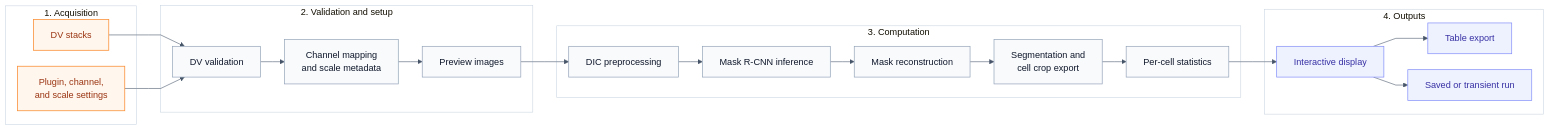
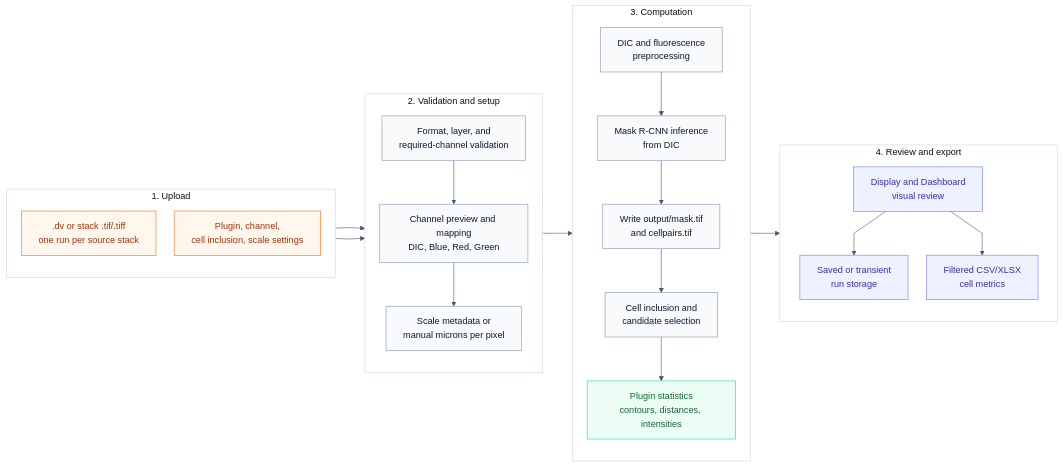
One commit to BrentLagesse/CytoCV changed the diagram in docs/diagrams/02-end-to-end-workflow.mmd. Above: the diagram before and after it, drawn with Mermaid. The commit also changed other lines of this file and 44 other files, not shown here.

```diff
--- a/docs/diagrams/02-end-to-end-workflow.mmd
+++ b/docs/diagrams/02-end-to-end-workflow.mmd
@@ -1,40 +1,46 @@
-%%{init: {"theme":"base","themeVariables":{"background":"#ffffff","primaryColor":"#f8fafc","primaryBorderColor":"#94a3b8","primaryTextColor":"#0f172a","secondaryColor":"#eff6ff","tertiaryColor":"#eef2ff","lineColor":"#475569","fontFamily":"Helvetica","fontSize":"16px","clusterBorder":"#cbd5e1","clusterBkg":"#ffffff"},"flowchart":{"htmlLabels":true,"curve":"linear","nodeSpacing":28,"rankSpacing":42}}}%%
+%%{init: {"theme":"base","themeVariables":{"background":"#ffffff","primaryColor":"#f8fafc","primaryBorderColor":"#94a3b8","primaryTextColor":"#0f172a","secondaryColor":"#eff6ff","tertiaryColor":"#eef2ff","lineColor":"#475569","fontFamily":"Arial","fontSize":"16px","clusterBorder":"#cbd5e1","clusterBkg":"#ffffff"},"flowchart":{"htmlLabels":true,"curve":"linear","nodeSpacing":32,"rankSpacing":52}}}%%
 flowchart LR
-    classDef actor fill:#fff7ed,stroke:#fb923c,color:#9a3412,stroke-width:1.4px;
-    classDef app fill:#eff6ff,stroke:#60a5fa,color:#1d4ed8,stroke-width:1.2px;
+    classDef input fill:#fff7ed,stroke:#fb923c,color:#9a3412,stroke-width:1.4px;
     classDef process fill:#f8fafc,stroke:#94a3b8,color:#0f172a,stroke-width:1.2px;
+    classDef analysis fill:#ecfdf5,stroke:#4ade80,color:#166534,stroke-width:1.2px;
     classDef output fill:#eef2ff,stroke:#818cf8,color:#3730a3,stroke-width:1.2px;
 
-    subgraph intake[1. Acquisition]
-        dv[DV stacks]
-        options[Plugin, channel,<br/>and scale settings]
+    subgraph intake["1. Upload"]
+        direction TB
+        files[".dv or stack .tif/.tiff<br/>one run per source stack"]
+        settings["Plugin, channel,<br/>cell inclusion, scale settings"]
     end
 
-    subgraph curation[2. Validation and setup]
-        validate[DV validation]
-        config[Channel mapping<br/>and scale metadata]
-        previews[Preview images]
+    subgraph validation["2. Validation and setup"]
+        direction TB
+        validate["Format, layer, and<br/>required-channel validation"]
+        map["Channel preview and mapping<br/>DIC, Blue, Red, Green"]
+        scale["Scale metadata or<br/>manual microns per pixel"]
     end
 
-    subgraph compute[3. Computation]
-        preprocess[DIC preprocessing]
-        infer[Mask R-CNN inference]
-        mask[Mask reconstruction]
-        segment[Segmentation and<br/>cell crop export]
-        measure[Per-cell statistics]
+    subgraph compute["3. Computation"]
+        direction TB
+        preprocess["DIC and fluorescence<br/>preprocessing"]
+        infer["Mask R-CNN inference<br/>from DIC"]
+        mask["Write output/mask.tif<br/>and cellpairs.tif"]
+        segment["Cell inclusion and<br/>candidate selection"]
+        stats["Plugin statistics<br/>contours, distances, intensities"]
     end
 
-    subgraph results[4. Outputs]
-        display[Interactive display]
-        export[Table export]
-        save[Saved or transient run]
+    subgraph review["4. Review and export"]
+        direction TB
+        display["Display and Dashboard<br/>visual review"]
+        persist["Saved or transient<br/>run storage"]
+        export["Filtered CSV/XLSX<br/>cell metrics"]
     end
 
-    dv --> validate
-    options --> validate
-    validate --> config --> previews --> preprocess --> infer --> mask --> segment --> measure --> display --> export
-    display --> save
+    files --> validate
+    settings --> validate
+    validate --> map --> scale --> preprocess --> infer --> mask --> segment --> stats --> display
+    display --> persist
+    display --> export
 
-    class dv,options actor
-    class validate,config,previews,preprocess,infer,mask,segment,measure process
-    class display,export,save output
+    class files,settings input
+    class validate,map,scale,preprocess,infer,mask,segment process
+    class stats analysis
+    class display,persist,export output
```
